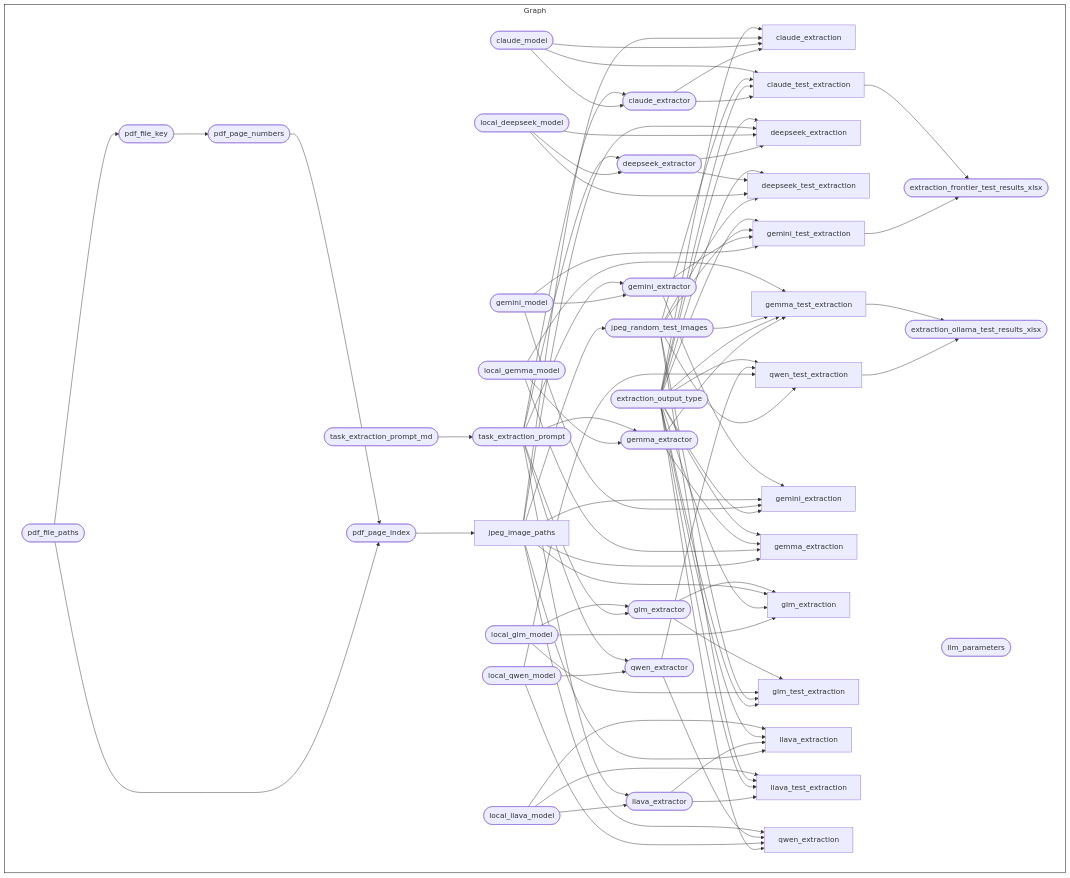
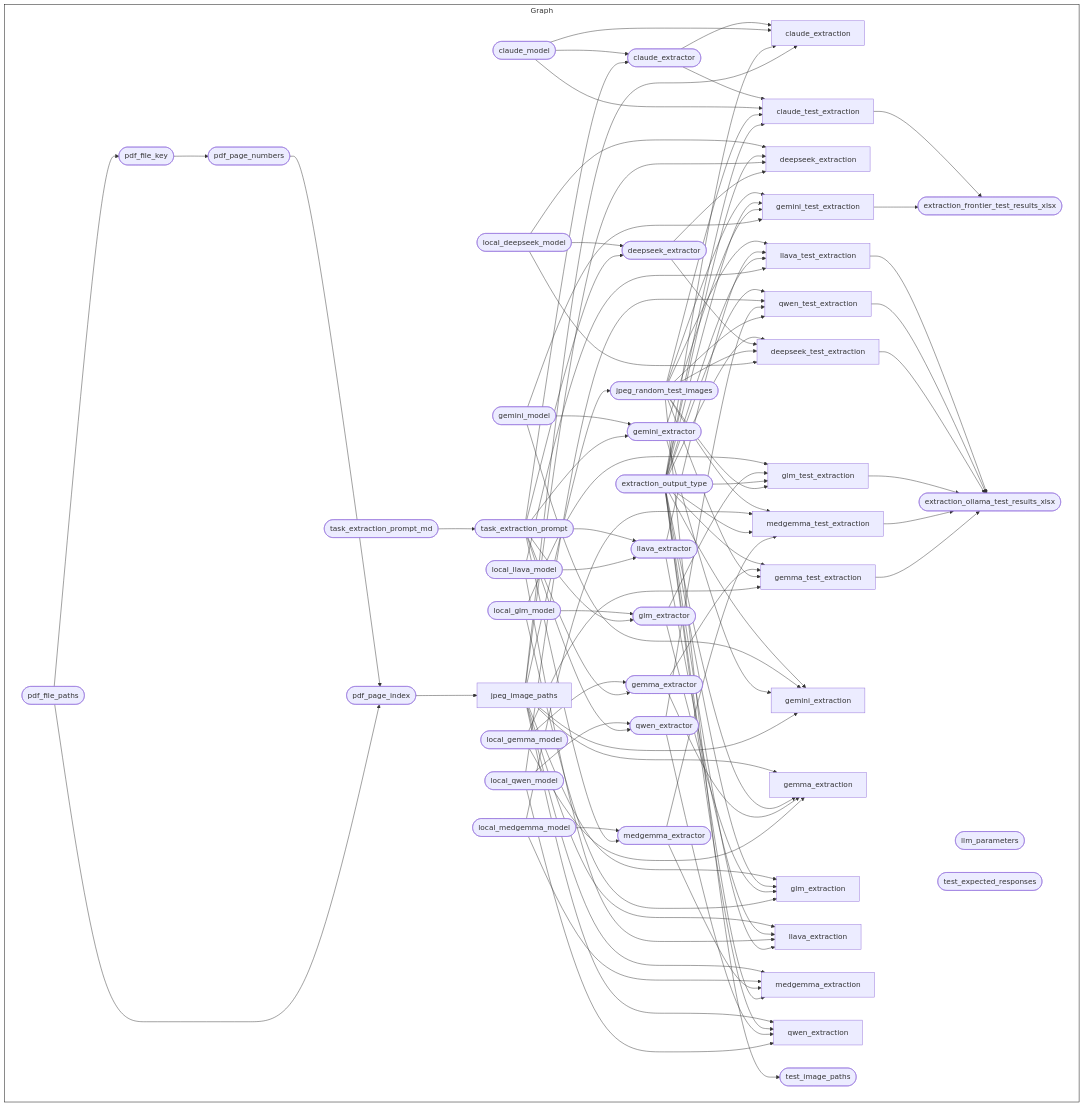
One commit to OxfordIHTM/sc-mortality-data changed the diagram in README.md. Above: the diagram before and after it, drawn with Mermaid. The commit also changed other lines of this file and 9 other files, not shown here.

````diff
--- a/README.md
+++ b/README.md
@@ -220,87 +229,103 @@
   style Graph fill:#FFFFFF00,stroke:#000000;
   subgraph Graph
     direction LR
-    x35a7fe2b14fea884(["claude_extractor"]):::skipped --> xbf558aaf2fd08c0e["claude_extraction"]:::queued
-    x39d4d013227f0dc3(["claude_model"]):::skipped --> xbf558aaf2fd08c0e["claude_extraction"]:::queued
-    x356f375d5695a155["jpeg_image_paths"]:::skipped --> xbf558aaf2fd08c0e["claude_extraction"]:::queued
-    x487a49d42720222c(["extraction_output_type"]):::skipped --> xbf558aaf2fd08c0e["claude_extraction"]:::queued
-    x39d4d013227f0dc3(["claude_model"]):::skipped --> x35a7fe2b14fea884(["claude_extractor"]):::skipped
-    xb325834072af39dd(["task_extraction_prompt"]):::skipped --> x35a7fe2b14fea884(["claude_extractor"]):::skipped
-    x35a7fe2b14fea884(["claude_extractor"]):::skipped --> x81a0ed3eae4cab62["claude_test_extraction"]:::completed
-    x487a49d42720222c(["extraction_output_type"]):::skipped --> x81a0ed3eae4cab62["claude_test_extraction"]:::completed
-    xd89fbb4a2ff13c8f(["jpeg_random_test_images"]):::completed --> x81a0ed3eae4cab62["claude_test_extraction"]:::completed
-    x39d4d013227f0dc3(["claude_model"]):::skipped --> x81a0ed3eae4cab62["claude_test_extraction"]:::completed
+    x35a7fe2b14fea884(["claude_extractor"]):::queued --> xbf558aaf2fd08c0e["claude_extraction"]:::queued
+    x39d4d013227f0dc3(["claude_model"]):::queued --> xbf558aaf2fd08c0e["claude_extraction"]:::queued
+    x487a49d42720222c(["extraction_output_type"]):::queued --> xbf558aaf2fd08c0e["claude_extraction"]:::queued
+    x356f375d5695a155["jpeg_image_paths"]:::queued --> xbf558aaf2fd08c0e["claude_extraction"]:::queued
+    x39d4d013227f0dc3(["claude_model"]):::queued --> x35a7fe2b14fea884(["claude_extractor"]):::queued
+    xb325834072af39dd(["task_extraction_prompt"]):::queued --> x35a7fe2b14fea884(["claude_extractor"]):::queued
+    x35a7fe2b14fea884(["claude_extractor"]):::queued --> x81a0ed3eae4cab62["claude_test_extraction"]:::queued
+    x39d4d013227f0dc3(["claude_model"]):::queued --> x81a0ed3eae4cab62["claude_test_extraction"]:::queued
+    xd89fbb4a2ff13c8f(["jpeg_random_test_images"]):::queued --> x81a0ed3eae4cab62["claude_test_extraction"]:::queued
+    x487a49d42720222c(["extraction_output_type"]):::queued --> x81a0ed3eae4cab62["claude_test_extraction"]:::queued
+    xb957a37aad5b67c5(["local_deepseek_model"]):::queued --> xb9f66fc85a4f1ea1["deepseek_extraction"]:::queued
+    x487a49d42720222c(["extraction_output_type"]):::queued --> xb9f66fc85a4f1ea1["deepseek_extraction"]:::queued
+    x356f375d5695a155["jpeg_image_paths"]:::queued --> xb9f66fc85a4f1ea1["deepseek_extraction"]:::queued
     xf407d53739ed0632(["deepseek_extractor"]):::queued --> xb9f66fc85a4f1ea1["deepseek_extraction"]:::queued
-    xb957a37aad5b67c5(["local_deepseek_model"]):::queued --> xb9f66fc85a4f1ea1["deepseek_extraction"]:::queued
-    x356f375d5695a155["jpeg_image_paths"]:::skipped --> xb9f66fc85a4f1ea1["deepseek_extraction"]:::queued
-    x487a49d42720222c(["extraction_output_type"]):::skipped --> xb9f66fc85a4f1ea1["deepseek_extraction"]:::queued
     xb957a37aad5b67c5(["local_deepseek_model"]):::queued --> xf407d53739ed0632(["deepseek_extractor"]):::queued
-    xb325834072af39dd(["task_extraction_prompt"]):::skipped --> xf407d53739ed0632(["deepseek_extractor"]):::queued
-    xd89fbb4a2ff13c8f(["jpeg_random_test_images"]):::completed --> xe59d676cc895fc8f["deepseek_test_extraction"]:::queued
+    xb325834072af39dd(["task_extraction_prompt"]):::queued --> xf407d53739ed0632(["deepseek_extractor"]):::queued
+    x487a49d42720222c(["extraction_output_type"]):::queued --> xe59d676cc895fc8f["deepseek_test_extraction"]:::queued
+    xf407d53739ed0632(["deepseek_extractor"]):::queued --> xe59d676cc895fc8f["deepseek_test_extraction"]:::queued
+    xd89fbb4a2ff13c8f(["jpeg_random_test_images"]):::queued --> xe59d676cc895fc8f["deepseek_test_extraction"]:::queued
     xb957a37aad5b67c5(["local_deepseek_model"]):::queued --> xe59d676cc895fc8f["deepseek_test_extraction"]:::queued
-    xf407d53739ed0632(["deepseek_extractor"]):::queued --> xe59d676cc895fc8f["deepseek_test_extraction"]:::queued
-    x487a49d42720222c(["extraction_output_type"]):::skipped --> xe59d676cc895fc8f["deepseek_test_extraction"]:::queued
-    x0e93587b522df940["gemini_test_extraction"]:::completed --> x561ce6c854132243(["extraction_frontier_test_results_xlsx"]):::completed
-    x81a0ed3eae4cab62["claude_test_extraction"]:::completed --> x561ce6c854132243(["extraction_frontier_test_results_xlsx"]):::completed
+    x81a0ed3eae4cab62["claude_test_extraction"]:::queued --> x561ce6c854132243(["extraction_frontier_test_results_xlsx"]):::queued
+    x0e93587b522df940["gemini_test_extraction"]:::queued --> x561ce6c854132243(["extraction_frontier_test_results_xlsx"]):::queued
+    x9b13583cb72b43c0["llava_test_extraction"]:::queued --> x62ea01978af452ed(["extraction_ollama_test_results_xlsx"]):::queued
     xd726feef05e5de04["qwen_test_extraction"]:::queued --> x62ea01978af452ed(["extraction_ollama_test_results_xlsx"]):::queued
+    xe59d676cc895fc8f["deepseek_test_extraction"]:::queued --> x62ea01978af452ed(["extraction_ollama_test_results_xlsx"]):::queued
+    x18f94be61c65c2fd["glm_test_extraction"]:::queued --> x62ea01978af452ed(["extraction_ollama_test_results_xlsx"]):::queued
+    x25747365f3c54673["medgemma_test_extraction"]:::queued --> x62ea01978af452ed(["extraction_ollama_test_results_xlsx"]):::queued
     x883eafa12b623704["gemma_test_extraction"]:::queued --> x62ea01978af452ed(["extraction_ollama_test_results_xlsx"]):::queued
-    x487a49d42720222c(["extraction_output_type"]):::skipped --> xd63226de7dd05e61["gemini_extraction"]:::queued
-    x672b0658cd7f304b(["gemini_model"]):::skipped --> xd63226de7dd05e61["gemini_extraction"]:::queued
-    x356f375d5695a155["jpeg_image_paths"]:::skipped --> xd63226de7dd05e61["gemini_extraction"]:::queued
-    x8cb7c7e0b9710ea2(["gemini_extractor"]):::skipped --> xd63226de7dd05e61["gemini_extraction"]:::queued
-    x672b0658cd7f304b(["gemini_model"]):::skipped --> x8cb7c7e0b9710ea2(["gemini_extractor"]):::skipped
-    xb325834072af39dd(["task_extraction_prompt"]):::skipped --> x8cb7c7e0b9710ea2(["gemini_extractor"]):::skipped
-    x672b0658cd7f304b(["gemini_model"]):::skipped --> x0e93587b522df940["gemini_test_extraction"]:::completed
-    x8cb7c7e0b9710ea2(["gemini_extractor"]):::skipped --> x0e93587b522df940["gemini_test_extraction"]:::completed
-    xd89fbb4a2ff13c8f(["jpeg_random_test_images"]):::completed --> x0e93587b522df940["gemini_test_extraction"]:::completed
-    x487a49d42720222c(["extraction_output_type"]):::skipped --> x0e93587b522df940["gemini_test_extraction"]:::completed
-    x356f375d5695a155["jpeg_image_paths"]:::skipped --> x2f31c96882d08d36["gemma_extraction"]:::queued
+    x487a49d42720222c(["extraction_output_type"]):::queued --> xd63226de7dd05e61["gemini_extraction"]:::queued
+    x672b0658cd7f304b(["gemini_model"]):::queued --> xd63226de7dd05e61["gemini_extraction"]:::queued
+    x8cb7c7e0b9710ea2(["gemini_extractor"]):::queued --> xd63226de7dd05e61["gemini_extraction"]:::queued
+    x356f375d5695a155["jpeg_image_paths"]:::queued --> xd63226de7dd05e61["gemini_extraction"]:::queued
+    x672b0658cd7f304b(["gemini_model"]):::queued --> x8cb7c7e0b9710ea2(["gemini_extractor"]):::queued
+    xb325834072af39dd(["task_extraction_prompt"]):::queued --> x8cb7c7e0b9710ea2(["gemini_extractor"]):::queued
+    xd89fbb4a2ff13c8f(["jpeg_random_test_images"]):::queued --> x0e93587b522df940["gemini_test_extraction"]:::queued
+    x487a49d42720222c(["extraction_output_type"]):::queued --> x0e93587b522df940["gemini_test_extraction"]:::queued
+    x8cb7c7e0b9710ea2(["gemini_extractor"]):::queued --> x0e93587b522df940["gemini_test_extraction"]:::queued
+    x672b0658cd7f304b(["gemini_model"]):::queued --> x0e93587b522df940["gemini_test_extraction"]:::queued
+    x356f375d5695a155["jpeg_image_paths"]:::queued --> x2f31c96882d08d36["gemma_extraction"]:::queued
+    x487a49d42720222c(["extraction_output_type"]):::queued --> x2f31c96882d08d36["gemma_extraction"]:::queued
+    xbdacf1efe57d11ba(["gemma_extractor"]):::queued --> x2f31c96882d08d36["gemma_extraction"]:::queued
     xba597cd142706396(["local_gemma_model"]):::queued --> x2f31c96882d08d36["gemma_extraction"]:::queued
-    xbdacf1efe57d11ba(["gemma_extractor"]):::queued --> x2f31c96882d08d36["gemma_extraction"]:::queued
-    x487a49d42720222c(["extraction_output_type"]):::skipped --> x2f31c96882d08d36["gemma_extraction"]:::queued
     xba597cd142706396(["local_gemma_model"]):::queued --> xbdacf1efe57d11ba(["gemma_extractor"]):::queued
-    xb325834072af39dd(["task_extraction_prompt"]):::skipped --> xbdacf1efe57d11ba(["gemma_extractor"]):::queued
+    xb325834072af39dd(["task_extraction_prompt"]):::queued --> xbdacf1efe57d11ba(["gemma_extractor"]):::queued
+    x487a49d42720222c(["extraction_output_type"]):::queued --> x883eafa12b623704["gemma_test_extraction"]:::queued
     xbdacf1efe57d11ba(["gemma_extractor"]):::queued --> x883eafa12b623704["gemma_test_extraction"]:::queued
-    x487a49d42720222c(["extraction_output_type"]):::skipped --> x883eafa12b623704["gemma_test_extraction"]:::queued
-    xd89fbb4a2ff13c8f(["jpeg_random_test_images"]):::completed --> x883eafa12b623704["gemma_test_extraction"]:::queued
+    xd89fbb4a2ff13c8f(["jpeg_random_test_images"]):::queued --> x883eafa12b623704["gemma_test_extraction"]:::queued
     xba597cd142706396(["local_gemma_model"]):::queued --> x883eafa12b623704["gemma_test_extraction"]:::queued
+    x356f375d5695a155["jpeg_image_paths"]:::queued --> x16d463649734b662["glm_extraction"]:::queued
+    x487a49d42720222c(["extraction_output_type"]):::queued --> x16d463649734b662["glm_extraction"]:::queued
+    x86c1ea9adbe526ba(["glm_extractor"]):::queued --> x16d463649734b662["glm_extraction"]:::queued
     x4d89d139c5b326de(["local_glm_model"]):::queued --> x16d463649734b662["glm_extraction"]:::queued
-    x487a49d42720222c(["extraction_output_type"]):::skipped --> x16d463649734b662["glm_extraction"]:::queued
-    x356f375d5695a155["jpeg_image_paths"]:::skipped --> x16d463649734b662["glm_extraction"]:::queued
-    x86c1ea9adbe526ba(["glm_extractor"]):::queued --> x16d463649734b662["glm_extraction"]:::queued
-    xb325834072af39dd(["task_extraction_prompt"]):::skipped --> x86c1ea9adbe526ba(["glm_extractor"]):::queued
     x4d89d139c5b326de(["local_glm_model"]):::queued --> x86c1ea9adbe526ba(["glm_extractor"]):::queued
-    x487a49d42720222c(["extraction_output_type"]):::skipped --> x18f94be61c65c2fd["glm_test_extraction"]:::queued
-    xd89fbb4a2ff13c8f(["jpeg_random_test_images"]):::completed --> x18f94be61c65c2fd["glm_test_extraction"]:::queued
+    xb325834072af39dd(["task_extraction_prompt"]):::queued --> x86c1ea9adbe526ba(["glm_extractor"]):::queued
     x4d89d139c5b326de(["local_glm_model"]):::queued --> x18f94be61c65c2fd["glm_test_extraction"]:::queued
     x86c1ea9adbe526ba(["glm_extractor"]):::queued --> x18f94be61c65c2fd["glm_test_extraction"]:::queued
-    xe30d250b58d472b9(["pdf_page_index"]):::skipped --> x356f375d5695a155["jpeg_image_paths"]:::skipped
-    x356f375d5695a155["jpeg_image_paths"]:::skipped --> xd89fbb4a2ff13c8f(["jpeg_random_test_images"]):::completed
-    x356f375d5695a155["jpeg_image_paths"]:::skipped --> x7d2a167978f3a966["llava_extraction"]:::queued
+    x487a49d42720222c(["extraction_output_type"]):::queued --> x18f94be61c65c2fd["glm_test_extraction"]:::queued
+    xd89fbb4a2ff13c8f(["jpeg_random_test_images"]):::queued --> x18f94be61c65c2fd["glm_test_extraction"]:::queued
+    xe30d250b58d472b9(["pdf_page_index"]):::queued --> x356f375d5695a155["jpeg_image_paths"]:::queued
+    x356f375d5695a155["jpeg_image_paths"]:::queued --> xd89fbb4a2ff13c8f(["jpeg_random_test_images"]):::queued
+    x356f375d5695a155["jpeg_image_paths"]:::queued --> x7d2a167978f3a966["llava_extraction"]:::queued
     x0de051b4924b82bb(["llava_extractor"]):::queued --> x7d2a167978f3a966["llava_extraction"]:::queued
-    x487a49d42720222c(["extraction_output_type"]):::skipped --> x7d2a167978f3a966["llava_extraction"]:::queued
     x0621d4c5bb5ff06b(["local_llava_model"]):::queued --> x7d2a167978f3a966["llava_extraction"]:::queued
+    x487a49d42720222c(["extraction_output_type"]):::queued --> x7d2a167978f3a966["llava_extraction"]:::queued
+    xb325834072af39dd(["task_extraction_prompt"]):::queued --> x0de051b4924b82bb(["llava_extractor"]):::queued
     x0621d4c5bb5ff06b(["local_llava_model"]):::queued --> x0de051b4924b82bb(["llava_extractor"]):::queued
-    xb325834072af39dd(["task_extraction_prompt"]):::skipped --> x0de051b4924b82bb(["llava_extractor"]):::queued
+    xd89fbb4a2ff13c8f(["jpeg_random_test_images"]):::queued --> x9b13583cb72b43c0["llava_test_extraction"]:::queued
     x0de051b4924b82bb(["llava_extractor"]):::queued --> x9b13583cb72b43c0["llava_test_extraction"]:::queued
-    x487a49d42720222c(["extraction_output_type"]):::skipped --> x9b13583cb72b43c0["llava_test_extraction"]:::queued
-    xd89fbb4a2ff13c8f(["jpeg_random_test_images"]):::completed --> x9b13583cb72b43c0["llava_test_extraction"]:::queued
+    x487a49d42720222c(["extraction_output_type"]):::queued --> x9b13583cb72b43c0["llava_test_extraction"]:::queued
     x0621d4c5bb5ff06b(["local_llava_model"]):::queued --> x9b13583cb72b43c0["llava_test_extraction"]:::queued
-    x93a61fdd58bab193(["pdf_file_paths"]):::skipped --> x93d7cb5e868222a3(["pdf_file_key"]):::skipped
-    x93a61fdd58bab193(["pdf_file_paths"]):::skipped --> xe30d250b58d472b9(["pdf_page_index"]):::skipped
-    xae7c35ce3ebe6878(["pdf_page_numbers"]):::skipped --> xe30d250b58d472b9(["pdf_page_index"]):::skipped
-    x93d7cb5e868222a3(["pdf_file_key"]):::skipped --> xae7c35ce3ebe6878(["pdf_page_numbers"]):::skipped
-    x487a49d42720222c(["extraction_output_type"]):::skipped --> x5548d9f90749db86["qwen_extraction"]:::queued
+    x356f375d5695a155["jpeg_image_paths"]:::queued --> xab78764df66ea71d["medgemma_extraction"]:::queued
+    xdef35e5ad04bb9ac(["local_medgemma_model"]):::queued --> xab78764df66ea71d["medgemma_extraction"]:::queued
+    xbd4d71df17dc7060(["medgemma_extractor"]):::queued --> xab78764df66ea71d["medgemma_extraction"]:::queued
+    x487a49d42720222c(["extraction_output_type"]):::queued --> xab78764df66ea71d["medgemma_extraction"]:::queued
+    xdef35e5ad04bb9ac(["local_medgemma_model"]):::queued --> xbd4d71df17dc7060(["medgemma_extractor"]):::queued
+    xb325834072af39dd(["task_extraction_prompt"]):::queued --> xbd4d71df17dc7060(["medgemma_extractor"]):::queued
+    xd89fbb4a2ff13c8f(["jpeg_random_test_images"]):::queued --> x25747365f3c54673["medgemma_test_extraction"]:::queued
+    xdef35e5ad04bb9ac(["local_medgemma_model"]):::queued --> x25747365f3c54673["medgemma_test_extraction"]:::queued
+    x487a49d42720222c(["extraction_output_type"]):::queued --> x25747365f3c54673["medgemma_test_extraction"]:::queued
+    xbd4d71df17dc7060(["medgemma_extractor"]):::queued --> x25747365f3c54673["medgemma_test_extraction"]:::queued
+    x93a61fdd58bab193(["pdf_file_paths"]):::queued --> x93d7cb5e868222a3(["pdf_file_key"]):::queued
+    xae7c35ce3ebe6878(["pdf_page_numbers"]):::queued --> xe30d250b58d472b9(["pdf_page_index"]):::queued
+    x93a61fdd58bab193(["pdf_file_paths"]):::queued --> xe30d250b58d472b9(["pdf_page_index"]):::queued
+    x93d7cb5e868222a3(["pdf_file_key"]):::queued --> xae7c35ce3ebe6878(["pdf_page_numbers"]):::queued
+    x356f375d5695a155["jpeg_image_paths"]:::queued --> x5548d9f90749db86["qwen_extraction"]:::queued
+    x487a49d42720222c(["extraction_output_type"]):::queued --> x5548d9f90749db86["qwen_extraction"]:::queued
+    x15a3fb4d9a651239(["qwen_extractor"]):::queued --> x5548d9f90749db86["qwen_extraction"]:::queued
     x01ce8cbced893885(["local_qwen_model"]):::queued --> x5548d9f90749db86["qwen_extraction"]:::queued
-    x15a3fb4d9a651239(["qwen_extractor"]):::queued --> x5548d9f90749db86["qwen_extraction"]:::queued
-    x356f375d5695a155["jpeg_image_paths"]:::skipped --> x5548d9f90749db86["qwen_extraction"]:::queued
     x01ce8cbced893885(["local_qwen_model"]):::queued --> x15a3fb4d9a651239(["qwen_extractor"]):::queued
-    xb325834072af39dd(["task_extraction_prompt"]):::skipped --> x15a3fb4d9a651239(["qwen_extractor"]):::queued
-    xd89fbb4a2ff13c8f(["jpeg_random_test_images"]):::completed --> xd726feef05e5de04["qwen_test_extraction"]:::queued
+    xb325834072af39dd(["task_extraction_prompt"]):::queued --> x15a3fb4d9a651239(["qwen_extractor"]):::queued
+    x487a49d42720222c(["extraction_output_type"]):::queued --> xd726feef05e5de04["qwen_test_extraction"]:::queued
     x01ce8cbced893885(["local_qwen_model"]):::queued --> xd726feef05e5de04["qwen_test_extraction"]:::queued
     x15a3fb4d9a651239(["qwen_extractor"]):::queued --> xd726feef05e5de04["qwen_test_extraction"]:::queued
-    x487a49d42720222c(["extraction_output_type"]):::skipped --> xd726feef05e5de04["qwen_test_extraction"]:::queued
-    x1cd67464342adf29(["task_extraction_prompt_md"]):::completed --> xb325834072af39dd(["task_extraction_prompt"]):::skipped
+    xd89fbb4a2ff13c8f(["jpeg_random_test_images"]):::queued --> xd726feef05e5de04["qwen_test_extraction"]:::queued
+    x1cd67464342adf29(["task_extraction_prompt_md"]):::queued --> xb325834072af39dd(["task_extraction_prompt"]):::queued
+    xd89fbb4a2ff13c8f(["jpeg_random_test_images"]):::queued --> x93a202ce787039eb(["test_image_paths"]):::queued
     xa87a62a227d5e627(["llm_parameters"]):::queued
+    x26cfa8d03ab590c1(["test_expected_responses"]):::skipped
   end
 ```
````
